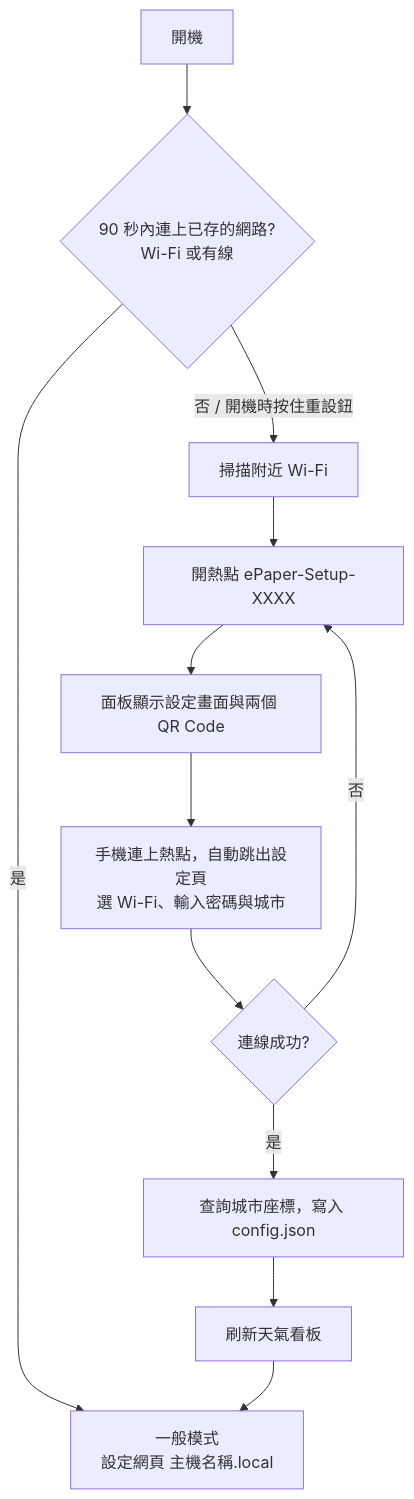
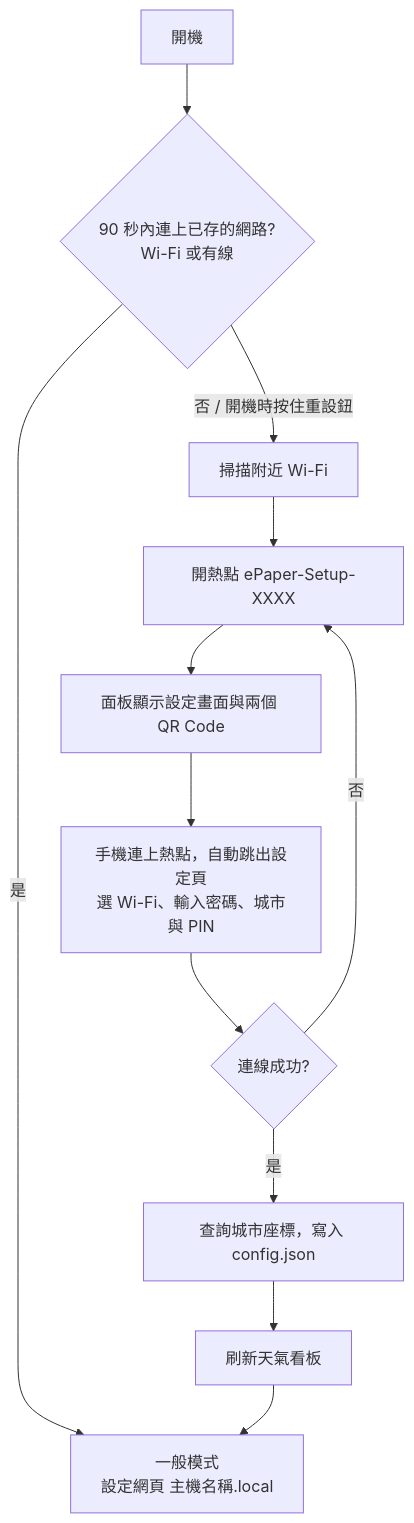
Before and after one commit to crazylittleJ/epaper-weather-dashboard: the second of 3 diagrams in README.zh-TW.md, drawn with Mermaid. The commit also changed other lines of this file and 6 other files, not shown here.

````diff
--- a/README.zh-TW.md
+++ b/README.zh-TW.md
@@ -386,14 +386,14 @@
 ```mermaid
 flowchart TD
     A[開機] --> B{90 秒內連上已存的網路?<br/>Wi-Fi 或有線}
     B -- 是 --> N["一般模式<br/>設定網頁 主機名稱.local"]
     B -- 否 / 開機時按住重設鈕 --> S[掃描附近 Wi-Fi]
     S --> H[開熱點 ePaper-Setup-XXXX]
     H --> P[面板顯示設定畫面與兩個 QR Code]
-    P --> W[手機連上熱點，自動跳出設定頁<br/>選 Wi-Fi、輸入密碼與城市]
+    P --> W[手機連上熱點，自動跳出設定頁<br/>選 Wi-Fi、輸入密碼、城市與 PIN]
     W --> C{連線成功?}
     C -- 是 --> G[查詢城市座標，寫入 config.json]
     G --> D[刷新天氣看板]
     D --> N
     C -- 否 --> H
 ```
````
